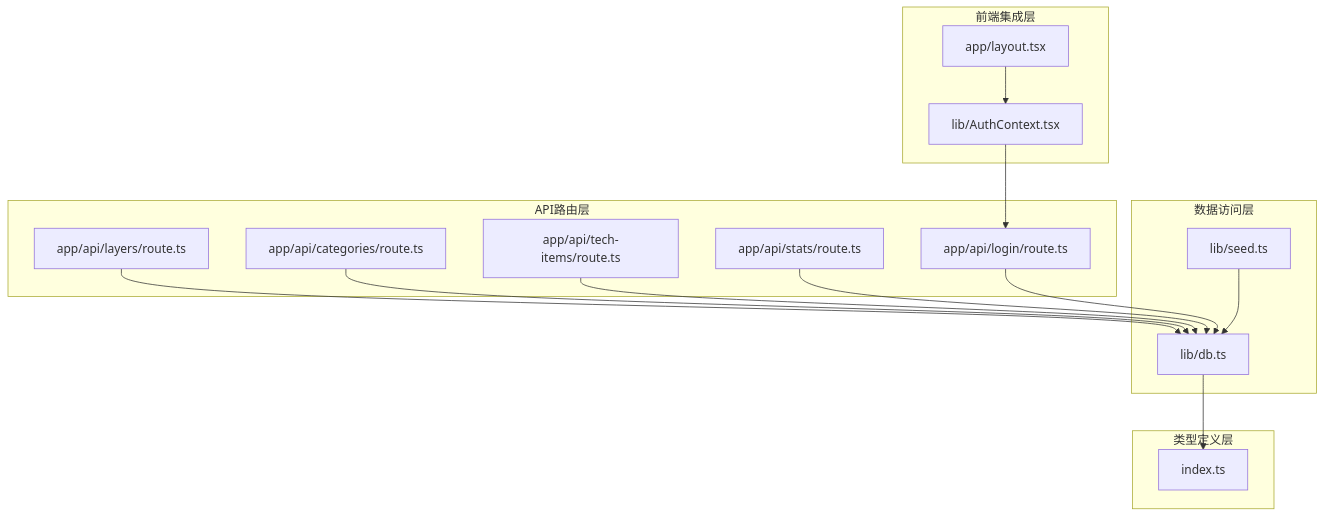
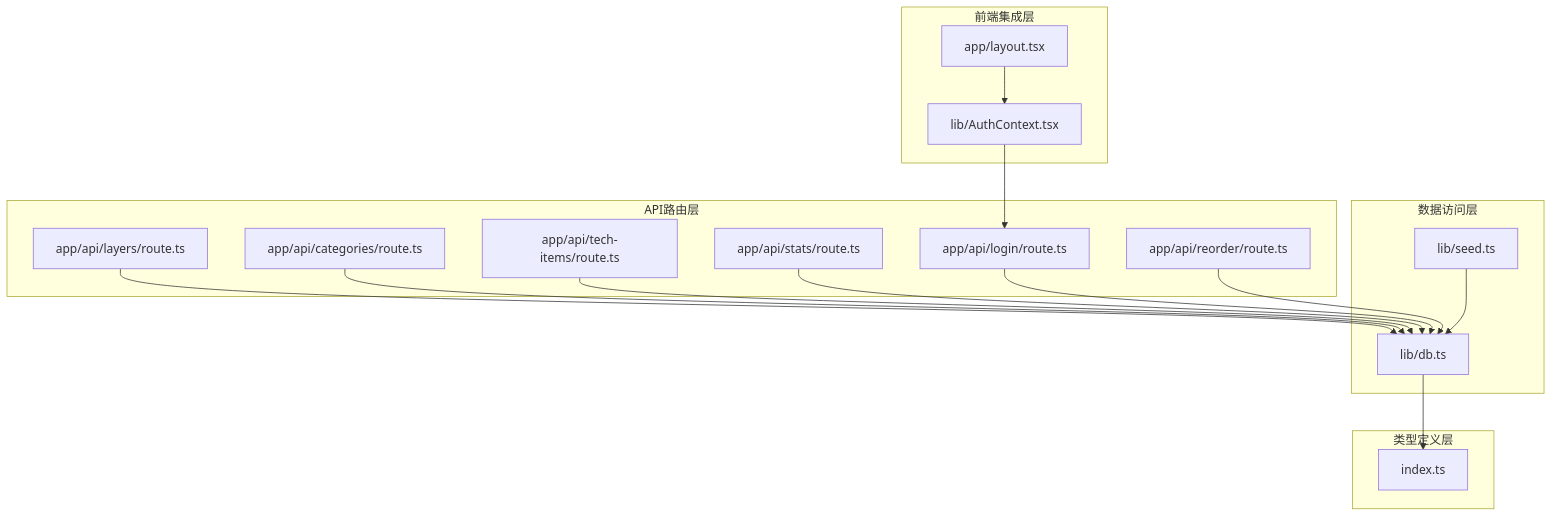
One commit to tutusiji/lantu-next changed the sixth of 6 diagrams in .qoder/repowiki/zh/content/API接口参考/API接口参考.md. Above: the diagram before and after it, drawn with Mermaid. The commit also changed other lines of this file and 22 other files, not shown here.

````diff
--- a/.qoder/repowiki/zh/content/API接口参考/API接口参考.md
+++ b/.qoder/repowiki/zh/content/API接口参考/API接口参考.md
@@ -319,30 +383,32 @@
 ```mermaid
 graph TD
 subgraph "API路由层"
 LayersRoute[app/api/layers/route.ts]
 CategoriesRoute[app/api/categories/route.ts]
 TechItemsRoute[app/api/tech-items/route.ts]
 StatsRoute[app/api/stats/route.ts]
 LoginRoute[app/api/login/route.ts]
+ReorderRoute[app/api/reorder/route.ts]
 end
 subgraph "数据访问层"
 DBModule[lib/db.ts]
 SeedScript[lib/seed.ts]
 end
 subgraph "类型定义层"
 Types[index.ts]
 end
 subgraph "前端集成层"
 AuthContext[lib/AuthContext.tsx]
 Layout[app/layout.tsx]
 end
 LayersRoute --> DBModule
 CategoriesRoute --> DBModule
 TechItemsRoute --> DBModule
 StatsRoute --> DBModule
 LoginRoute --> DBModule
+ReorderRoute --> DBModule
 DBModule --> Types
 SeedScript --> DBModule
 AuthContext --> LoginRoute
 Layout --> AuthContext
 ```
````
